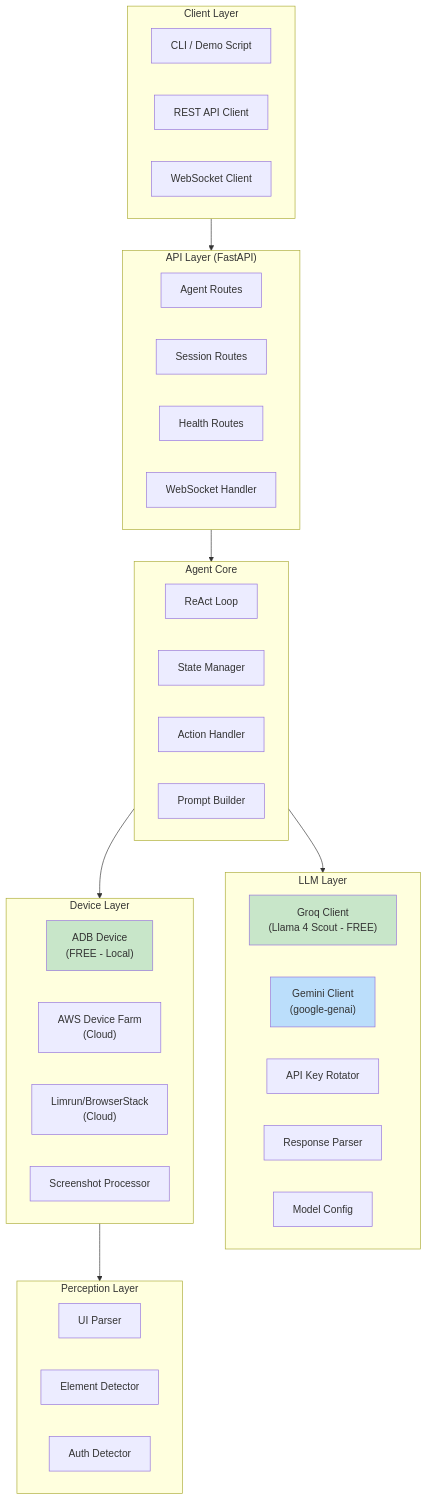
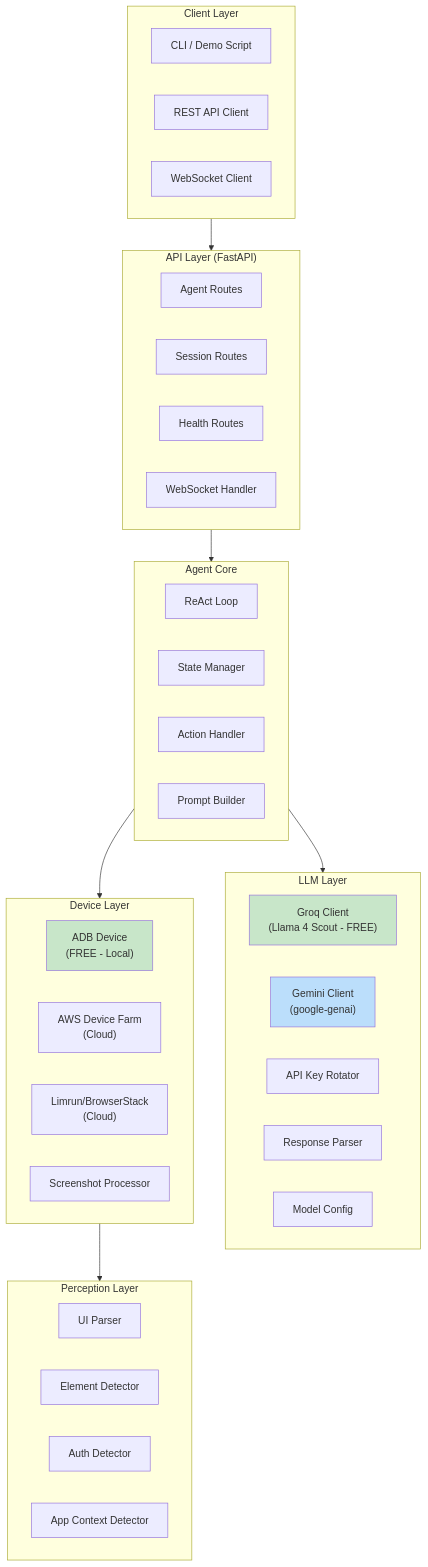
One commit to varunaditya27/android-ai-agent changed the second of 2 diagrams in README.md. Above: the diagram before and after it, drawn with Mermaid. The commit also changed other lines of this file and 3 other files, not shown here.

````diff
--- a/README.md
+++ b/README.md
@@ -112,53 +111,54 @@
 ```mermaid
 flowchart TB
     subgraph Client["Client Layer"]
         CLI["CLI / Demo Script"]
         REST["REST API Client"]
         WS["WebSocket Client"]
     end
 
     subgraph API["API Layer (FastAPI)"]
         AgentRoutes["Agent Routes"]
         SessionRoutes["Session Routes"]
         HealthRoutes["Health Routes"]
         WSHandler["WebSocket Handler"]
     end
 
     subgraph Agent["Agent Core"]
         ReAct["ReAct Loop"]
         State["State Manager"]
         Actions["Action Handler"]
         Prompts["Prompt Builder"]
     end
 
     subgraph LLM["LLM Layer"]
         GroqClient["Groq Client<br/>(Llama 4 Scout - FREE)"]
         GeminiClient["Gemini Client<br/>(google-genai)"]
         KeyRotator["API Key Rotator"]
         Parser["Response Parser"]
         Models["Model Config"]
     end
 
     subgraph Device["Device Layer"]
         ADB["ADB Device<br/>(FREE - Local)"]
         AWS["AWS Device Farm<br/>(Cloud)"]
         Cloud["Limrun/BrowserStack<br/>(Cloud)"]
         Screenshot["Screenshot Processor"]
     end
 
     subgraph Perception["Perception Layer"]
         UIParser["UI Parser"]
         ElementDetector["Element Detector"]
         AuthDetector["Auth Detector"]
+        AppContext["App Context Detector"]
     end
 
     Client --> API
     API --> Agent
     Agent --> LLM
     Agent --> Device
     Device --> Perception
 
     style ADB fill:#c8e6c9
     style GroqClient fill:#c8e6c9
     style GeminiClient fill:#bbdefb
 ```
````
